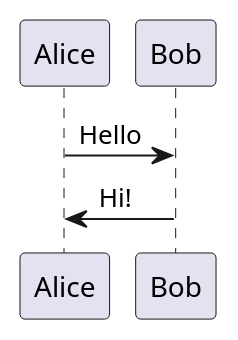
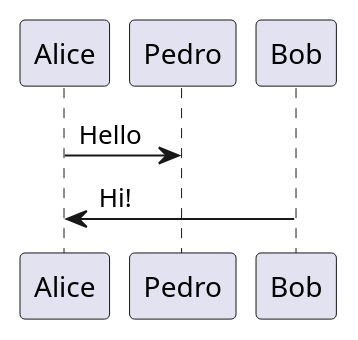
One commit to pcbl/iot-grid changed the diagram in diagrams/overview.plantuml. Above: the diagram before and after it, drawn with PlantUML.

```diff
--- a/diagrams/overview.plantuml
+++ b/diagrams/overview.plantuml
@@ -1,6 +1,6 @@
 @startuml firstDiagram
 
-Alice -> Bob: Hello
+Alice -> Pedro: Hello
 Bob -> Alice: Hi!
 		
 @enduml
```
